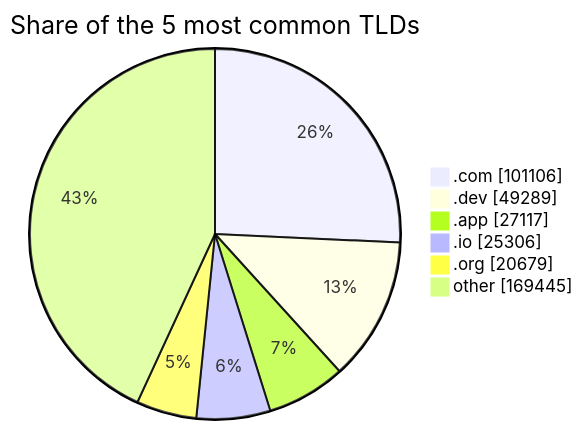
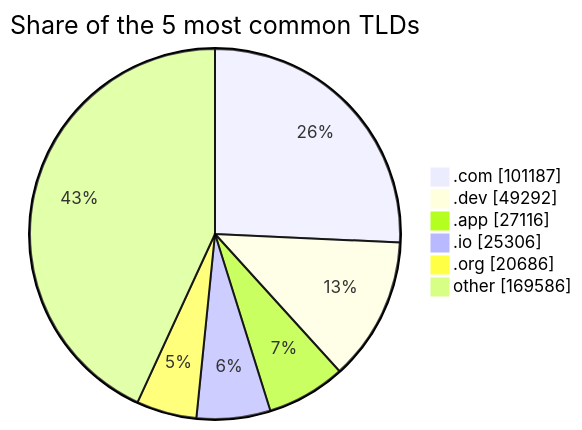
The third of 3 diagrams in README.md (DNSBunker/CTI), drawn with Mermaid before and after one commit. The commit also changed other lines of this file and 3 other files, not shown here.

````diff
--- a/README.md
+++ b/README.md
@@ -81,9 +81,9 @@
 ```mermaid
 pie showData title Share of the 5 most common TLDs
-    ".com" : 101106
-    ".dev" : 49289
-    ".app" : 27117
+    ".com" : 101187
+    ".dev" : 49292
+    ".app" : 27116
     ".io" : 25306
-    ".org" : 20679
-    "other" : 169445
+    ".org" : 20686
+    "other" : 169586
 ```
````
